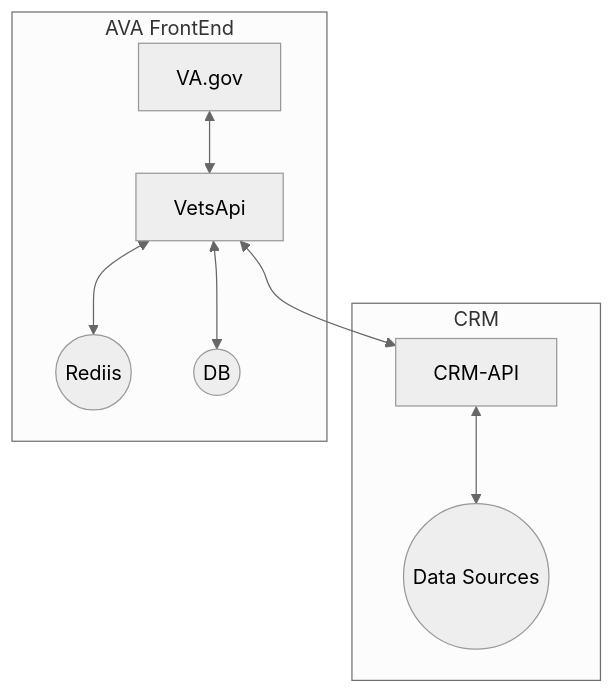
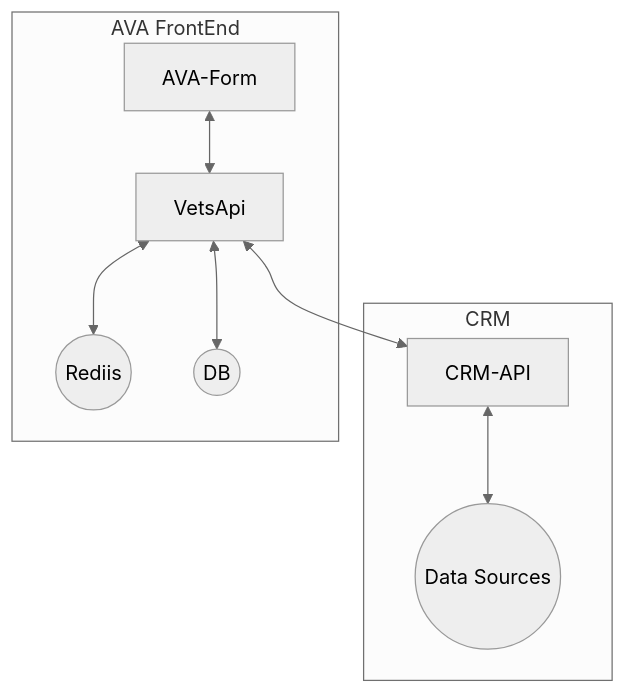
Before and after one commit to department-of-veterans-affairs/va.gov-team: the first of 5 diagrams in products/ask-va/integration/va_profile/profile_processes.md, drawn with Mermaid (neutral theme).

````diff
--- a/products/ask-va/integration/va_profile/profile_processes.md
+++ b/products/ask-va/integration/va_profile/profile_processes.md
@@ -51,12 +51,12 @@
 ```mermaid
 flowchart TB
     subgraph CRM
     CRM-API<-->Dataverse((Data Sources))
     end
     subgraph AVA FrontEnd
-    VA.gov<-->VetsApi
+    AVA-Form<-->VetsApi
     VetsApi<-->Rediis((Rediis))
     VetsApi<-->DB((DB))
     end    
     VetsApi<-->CRM-API
 ```
````
